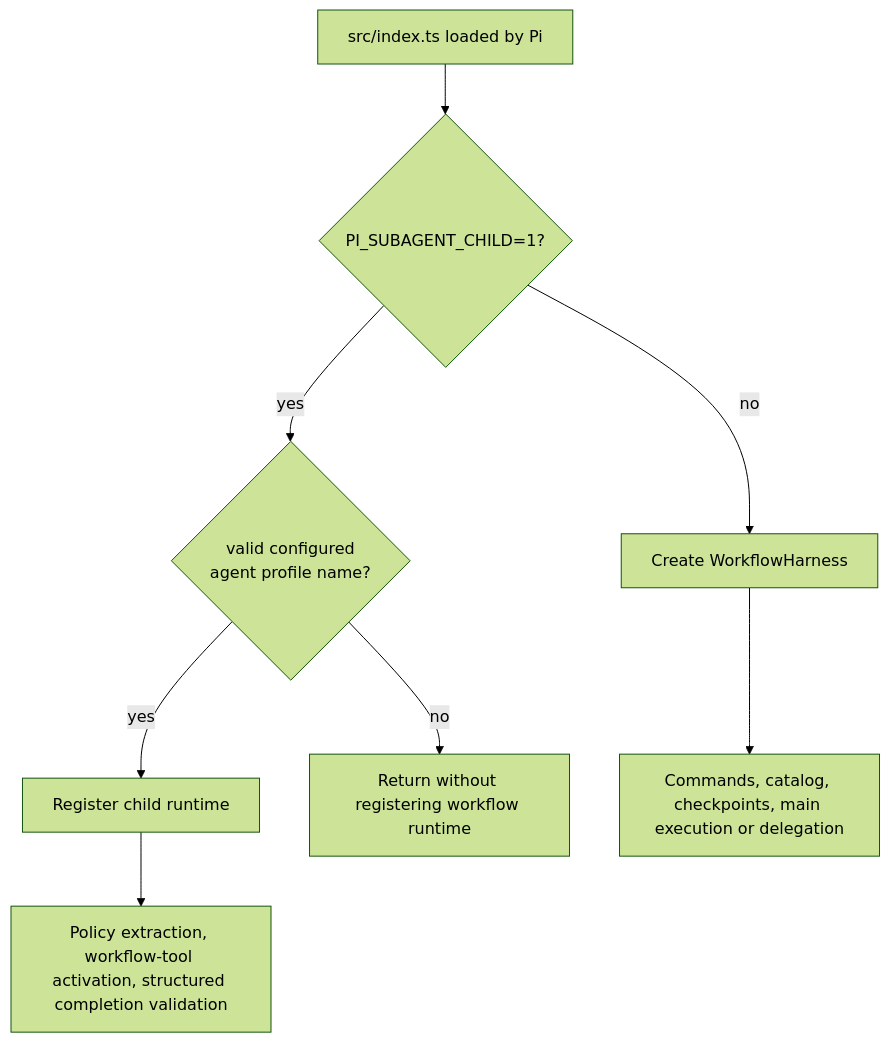
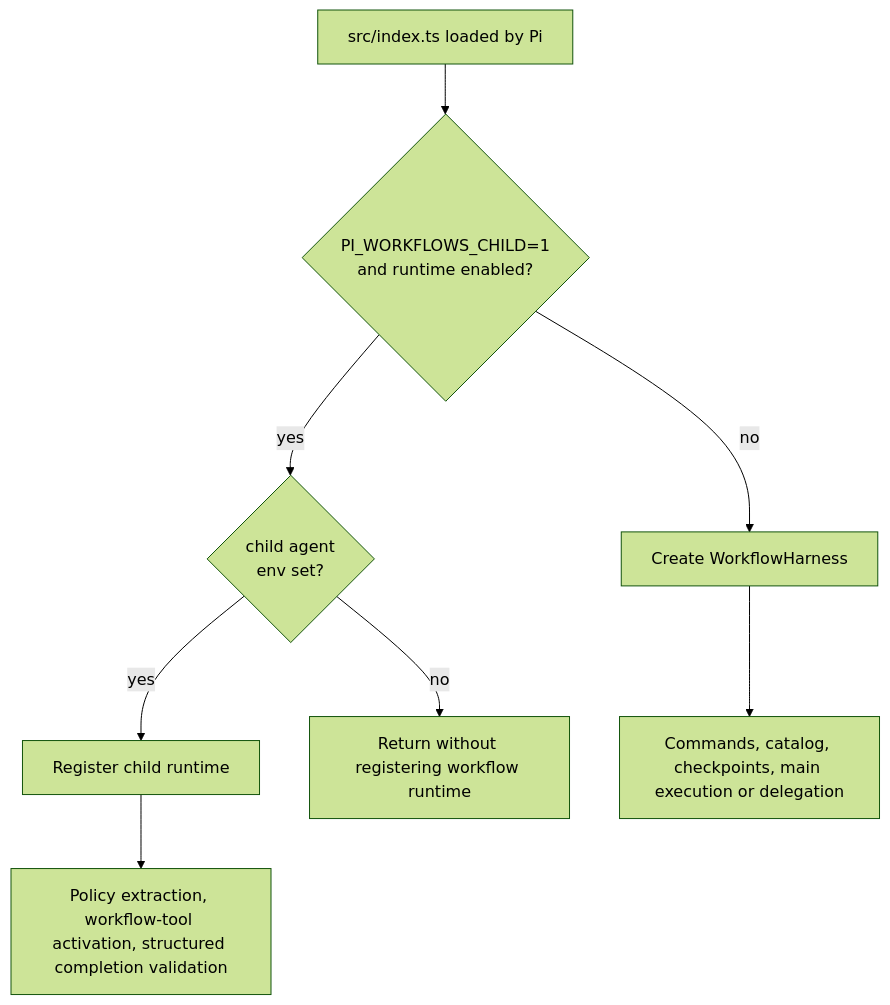
One commit to wichayutdew/pi-workflows changed the second of 5 diagrams in openwiki/architecture/overview.md. Above: the diagram before and after it, drawn with Mermaid (forest theme). The commit also changed other lines of this file and 346 other files, not shown here.

````diff
--- a/openwiki/architecture/overview.md
+++ b/openwiki/architecture/overview.md
@@ -79,12 +69,12 @@
 ```mermaid
 flowchart TD
   Start[src/index.ts loaded by Pi]
-  Start --> ChildEnv{PI_SUBAGENT_CHILD=1?}
+  Start --> ChildEnv{PI_WORKFLOWS_CHILD=1<br/>and runtime enabled?}
   ChildEnv -- no --> Parent[Create WorkflowHarness]
-  ChildEnv -- yes --> NameOk{valid configured<br/>agent profile name?}
+  ChildEnv -- yes --> NameOk{child agent<br/>env set?}
   NameOk -- yes --> Child[Register child runtime]
   NameOk -- no --> Noop[Return without registering workflow runtime]
 
   Parent --> ParentWork[Commands, catalog, checkpoints, main execution or delegation]
   Child --> ChildWork[Policy extraction, workflow-tool activation, structured completion validation]
 ```
````
